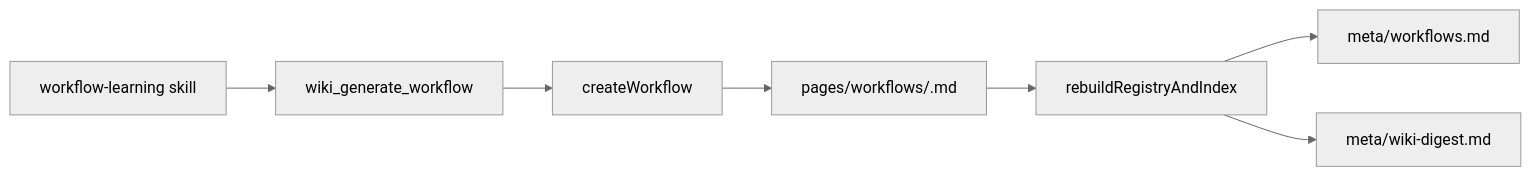
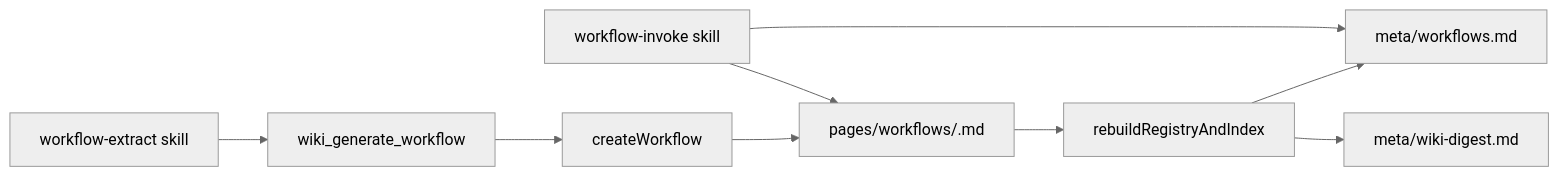
The diagram in docs/06_features/workflow-generation.md (zhazhazuo/pi-brain-wiki), drawn with Mermaid (neutral theme) before and after one commit. The commit also changed other lines of this file and 7 other files, not shown here.

````diff
--- a/docs/06_features/workflow-generation.md
+++ b/docs/06_features/workflow-generation.md
@@ -12,9 +12,11 @@
 ```mermaid
 flowchart LR
-    Skill[workflow-learning skill] --> Tool[wiki_generate_workflow]
+    Extract[workflow-extract skill] --> Tool[wiki_generate_workflow]
     Tool --> Generator[createWorkflow]
     Generator --> Page[pages/workflows/<slug>.md]
     Page --> Registry[rebuildRegistryAndIndex]
     Registry --> Routes[meta/workflows.md]
     Registry --> Digest[meta/wiki-digest.md]
+    Invoke[workflow-invoke skill] --> Routes
+    Invoke --> Page
 ```
````
